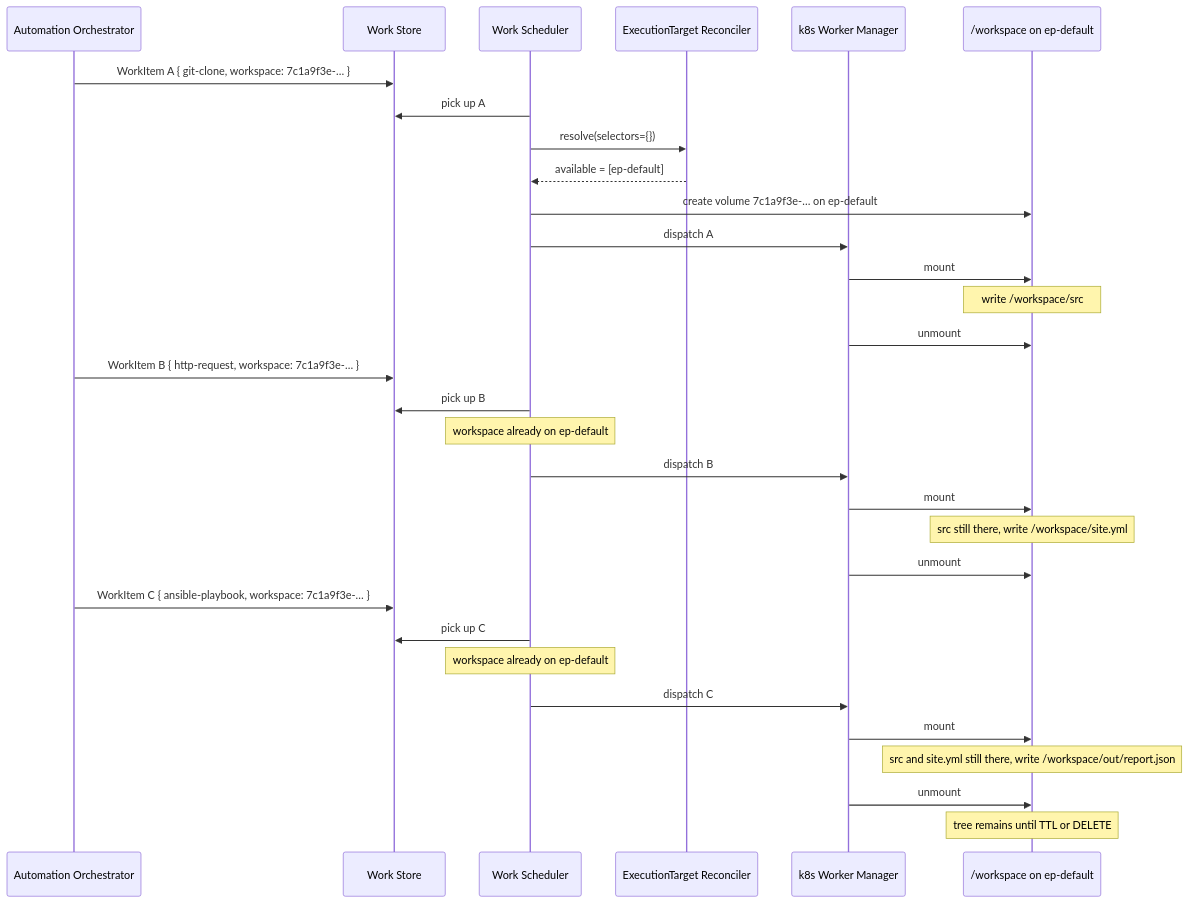
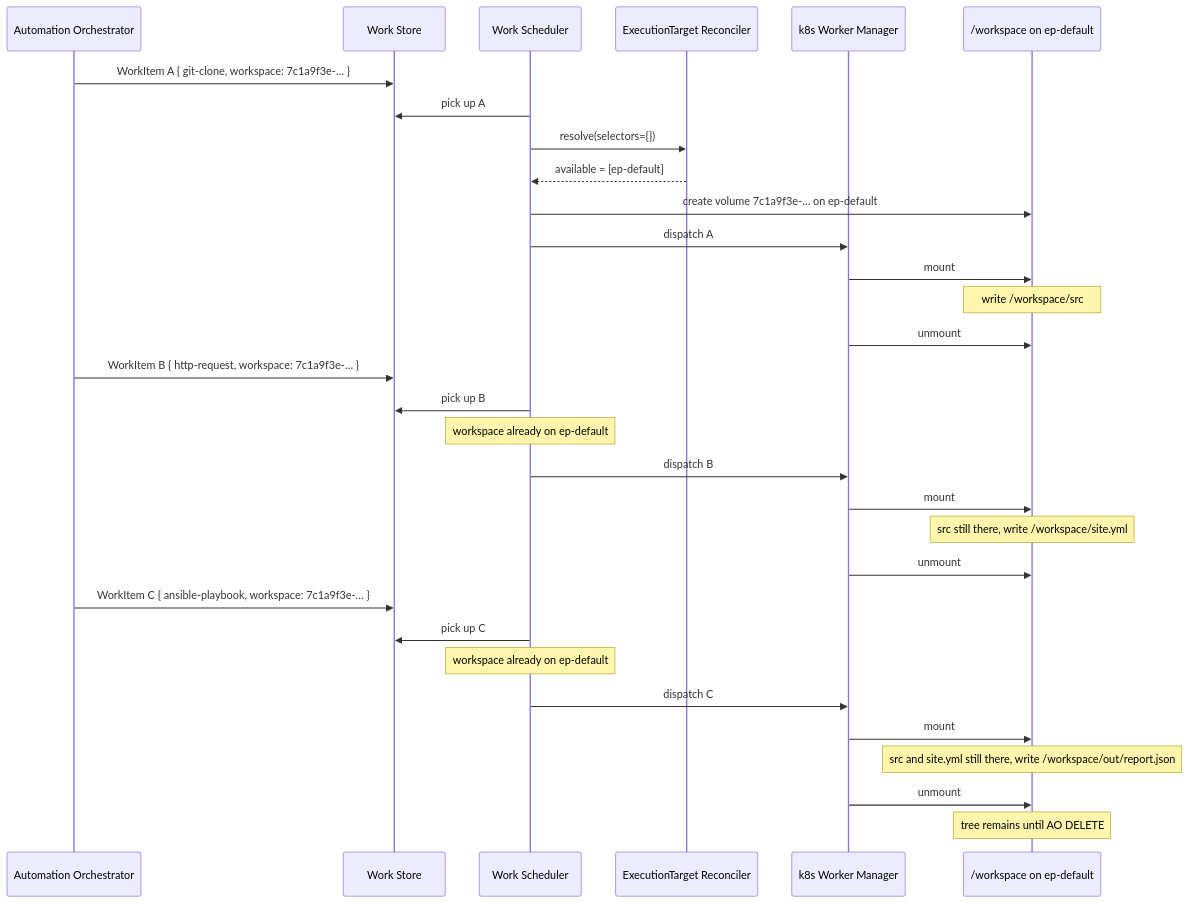
Before and after one commit to syntara-orchestration/syntara: the diagram in backend/docs/execution-plane/examples/02-data-sharing-with-workspace.md, drawn with Mermaid. The commit also changed other lines of this file and 1 other file, not shown here.

Commit message:
docs(AAP-94189): make DELETE the MVP for workspace lifetime

````diff
--- a/backend/docs/execution-plane/examples/02-data-sharing-with-workspace.md
+++ b/backend/docs/execution-plane/examples/02-data-sharing-with-workspace.md
@@ -223,37 +224,37 @@
 ```mermaid
 sequenceDiagram
     participant AO as Automation Orchestrator
     participant WS as Work Store
     participant Sch as Work Scheduler
     participant ETR as ExecutionTarget Reconciler
     participant WM as k8s Worker Manager
     participant Vol as /workspace on ep-default
 
     AO->>WS: WorkItem A { git-clone, workspace: 7c1a9f3e-… }
     Sch->>WS: pick up A
     Sch->>ETR: resolve(selectors={})
     ETR-->>Sch: available = [ep-default]
     Sch->>Vol: create volume 7c1a9f3e-… on ep-default
     Sch->>WM: dispatch A
     WM->>Vol: mount
     Note over Vol: write /workspace/src
     WM->>Vol: unmount
 
     AO->>WS: WorkItem B { http-request, workspace: 7c1a9f3e-… }
     Sch->>WS: pick up B
     Note over Sch: workspace already on ep-default
     Sch->>WM: dispatch B
     WM->>Vol: mount
     Note over Vol: src still there, write /workspace/site.yml
     WM->>Vol: unmount
 
     AO->>WS: WorkItem C { ansible-playbook, workspace: 7c1a9f3e-… }
     Sch->>WS: pick up C
     Note over Sch: workspace already on ep-default
     Sch->>WM: dispatch C
     WM->>Vol: mount
     Note over Vol: src and site.yml still there, write /workspace/out/report.json
     WM->>Vol: unmount
 
-    Note over Vol: tree remains until TTL or DELETE
+    Note over Vol: tree remains until AO DELETE
 ```
````
